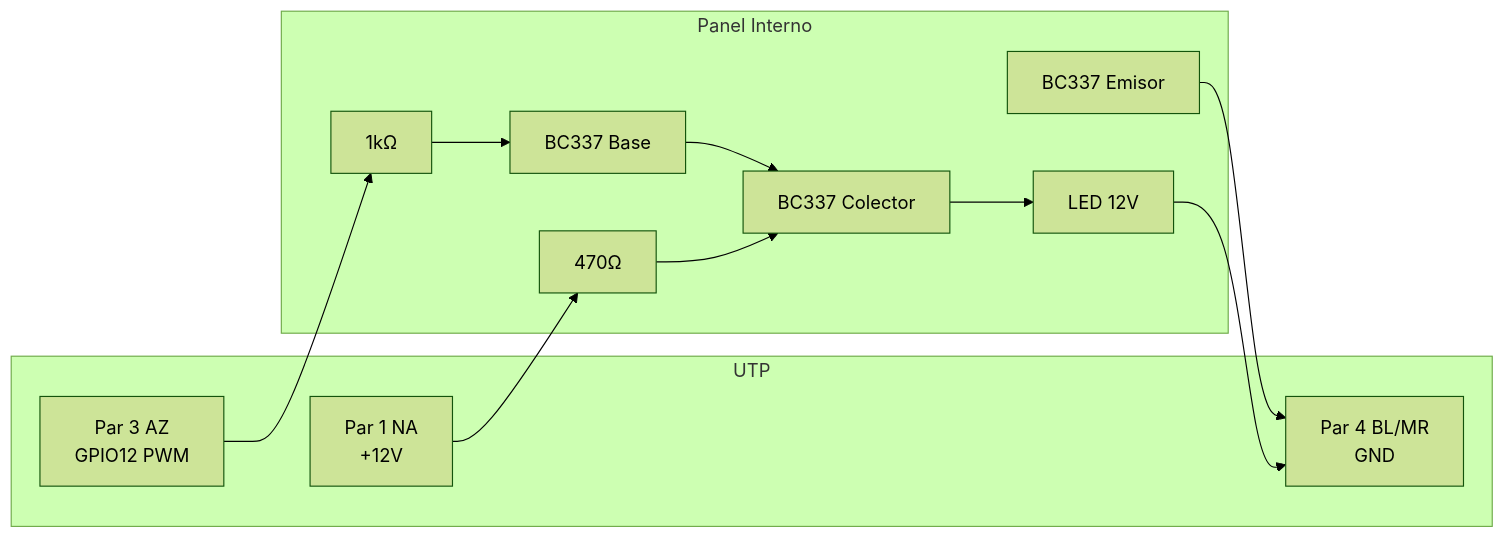
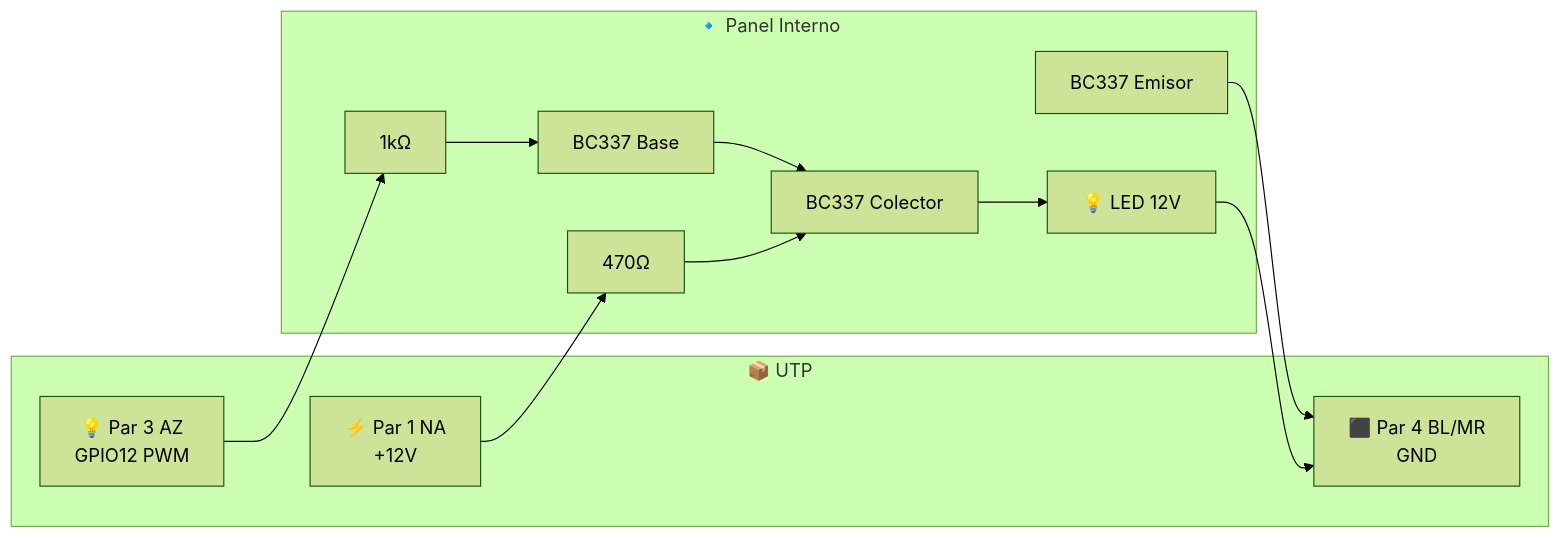
One commit to abelbour/Abrepuertas changed the fourth of 10 diagrams in SYSTEM_DEFINITION.md. Above: the diagram before and after it, drawn with Mermaid (forest theme). The commit also changed other lines of this file, not shown here.

Commit message:
Add emoji identifiers to tables and diagrams for signal identification

````diff
--- a/SYSTEM_DEFINITION.md
+++ b/SYSTEM_DEFINITION.md
@@ -383,19 +382,19 @@
 ```mermaid
 flowchart LR
-    subgraph UTP["UTP"]
-        AZ[Par 3 AZ<br/>GPIO12 PWM]
-        NA[Par 1 NA<br/>+12V]
-        GND[Par 4 BL/MR<br/>GND]
+    subgraph UTP["📦 UTP"]
+        AZ["💡 Par 3 AZ<br/>GPIO12 PWM"]
+        NA["⚡ Par 1 NA<br/>+12V"]
+        GND["⬛ Par 4 BL/MR<br/>GND"]
     end
 
-    subgraph Panel["Panel Interno"]
+    subgraph Panel["🔹 Panel Interno"]
         R1[1kΩ] --> B[BC337 Base]
         AZ --> R1
         B --> C[BC337 Colector]
         NA --> R2[470Ω] --> C
         E[BC337 Emisor] --> GND
 
-        C --> LED12[LED 12V]
+        C --> LED12["💡 LED 12V"]
         LED12 --> GND
     end
 ```
````
